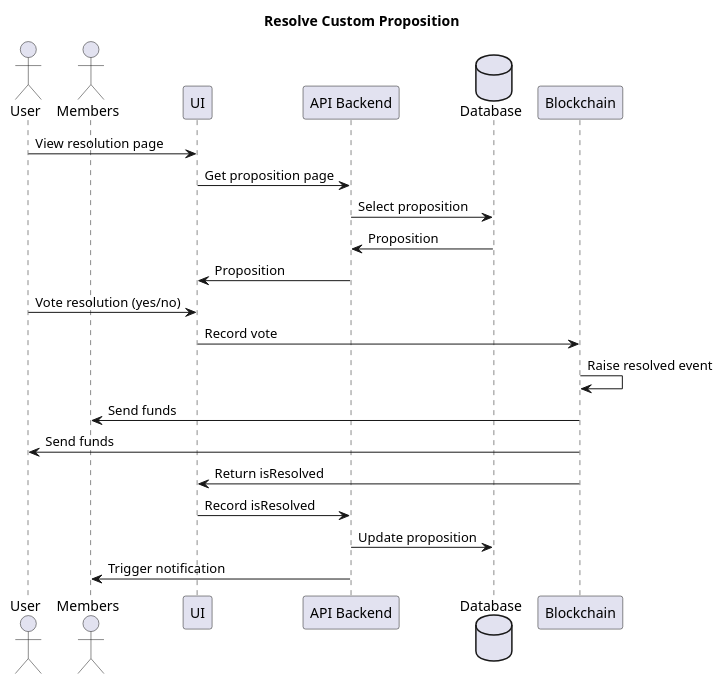
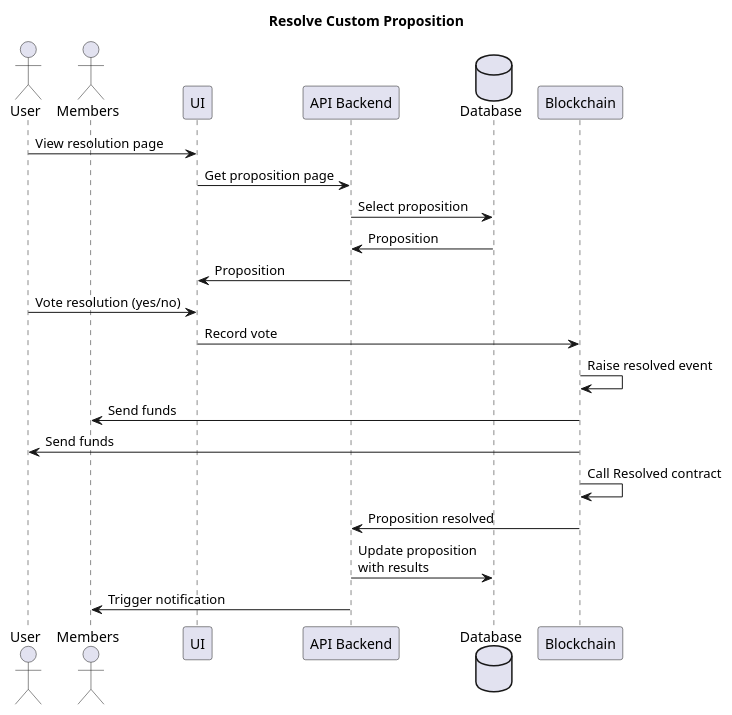
Before and after one commit to adhurjaty/prediction-app: the diagram in Diagrams/UserStories/resolve_custom_proposition.puml, drawn with PlantUML. The commit also changed 3 other files, not shown here.

```diff
--- a/Diagrams/UserStories/resolve_custom_proposition.puml
+++ b/Diagrams/UserStories/resolve_custom_proposition.puml
@@ -1,27 +1,27 @@
 @startuml Resolve Custom Proposition 
 
 title Resolve Custom Proposition 
 
 actor User as user
 actor Members as members
 participant UI as ui
 participant "API Backend" as api
 database Database as db
 participant Blockchain as bc
 
 user -> ui : View resolution page
 ui -> api : Get proposition page
 api -> db : Select proposition
 db -> api : Proposition
 api -> ui : Proposition
 user -> ui : Vote resolution (yes/no)
 ui -> bc : Record vote
 bc -> bc : Raise resolved event
 bc -> members : Send funds
 bc -> user : Send funds
-bc -> ui : Return isResolved
-ui -> api : Record isResolved
-api -> db : Update proposition 
+bc -> bc : Call Resolved contract
+bc -> api : Proposition resolved
+api -> db : Update proposition\nwith results 
 api -> members : Trigger notification
 
 @enduml
```
